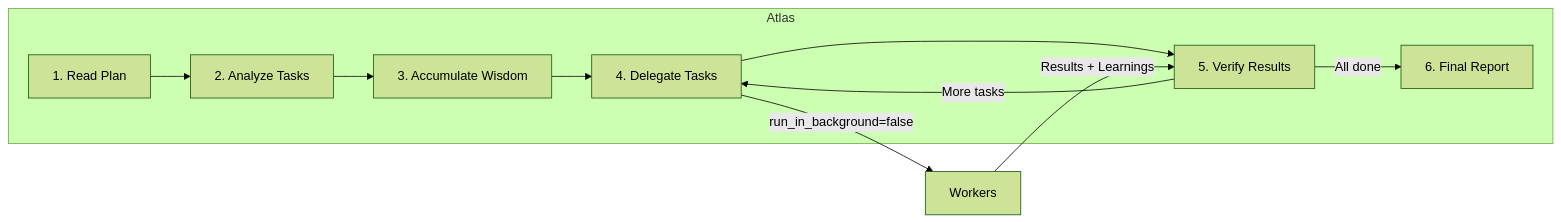
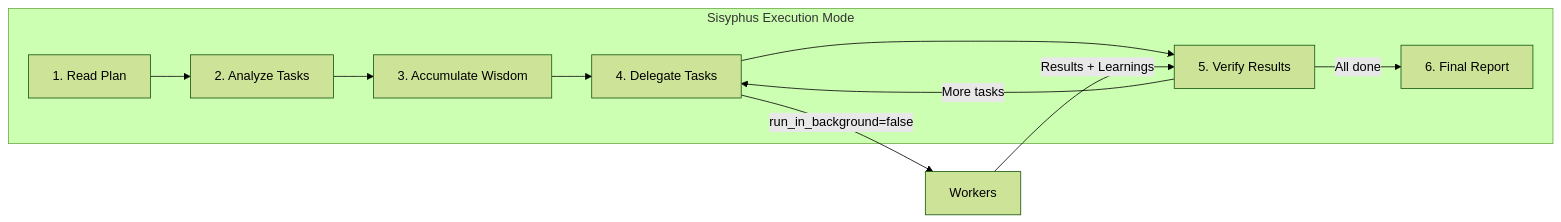
One commit to arcthur/oh-my-opencode changed the third of 4 diagrams in docs/guide/understanding-orchestration-system.md. Above: the diagram before and after it, drawn with Mermaid (forest theme). The commit also changed other lines of this file and 100 other files, not shown here.

First line of the commit message:
refactor: remove Atlas agent and call_omo_agent, clarify orchestrator boundaries

````diff
--- a/docs/guide/understanding-orchestration-system.md
+++ b/docs/guide/understanding-orchestration-system.md
@@ -137,21 +137,21 @@
 ```mermaid
 flowchart LR
-    subgraph Orchestrator["Atlas"]
+    subgraph Orchestrator["Sisyphus Execution Mode"]
         Read["1. Read Plan"]
         Analyze["2. Analyze Tasks"]
         Wisdom["3. Accumulate Wisdom"]
         Delegate["4. Delegate Tasks"]
         Verify["5. Verify Results"]
         Report["6. Final Report"]
     end
     
     Read --> Analyze
     Analyze --> Wisdom
     Wisdom --> Delegate
     Delegate --> Verify
     Verify -->|"More tasks"| Delegate
     Verify -->|"All done"| Report
     
     Delegate -->|"run_in_background=false"| Workers["Workers"]
     Workers -->|"Results + Learnings"| Verify
 ```
````
